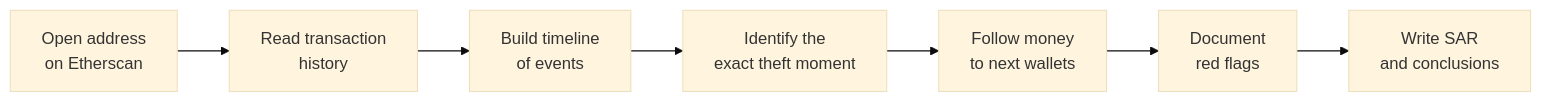
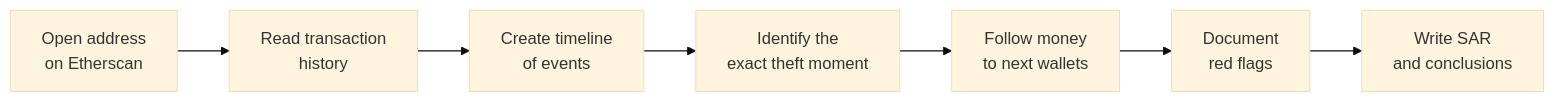
One commit to KotsykAndrey/aml-blockchain-portfolio changed the third of 3 diagrams in case-1-bybit-hack/README.md. Above: the diagram before and after it, drawn with Mermaid (base theme). The commit also changed other lines of this file, not shown here.

````diff
--- a/case-1-bybit-hack/README.md
+++ b/case-1-bybit-hack/README.md
@@ -315,9 +314,9 @@
 ```mermaid
 flowchart LR
     A[" Open address\non Etherscan"] --> B[" Read transaction\nhistory"]
-    B --> C[" Build timeline\nof events"]
+    B --> C[" Create timeline\nof events"]
     C --> D[" Identify the\nexact theft moment"]
     D --> E[" Follow money\nto next wallets"]
     E --> F[" Document\nred flags"]
     F --> G[" Write SAR\n and conclusions"]
 ```
````
